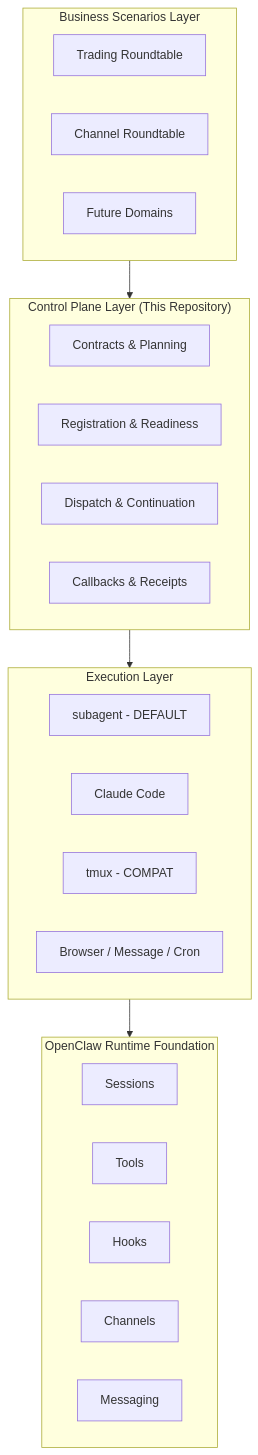
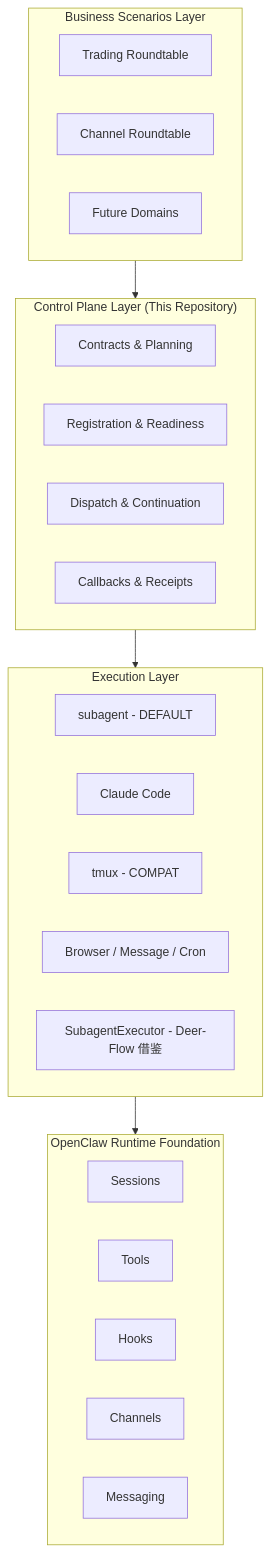
The first of 2 diagrams in README.md (lanyasheng/openclaw-company-orchestration-proposal), drawn with Mermaid before and after one commit. The commit also changed other lines of this file and 2 other files, not shown here.

First line of the commit message:
docs: 重整 README/架构文档，准确反映新架构与 Deer-Flow 借鉴线

````diff
--- a/README.md
+++ b/README.md
@@ -291,34 +292,35 @@
 ```mermaid
 graph TB
     subgraph Business["Business Scenarios Layer"]
         B1[Trading Roundtable]
         B2[Channel Roundtable]
         B3[Future Domains]
     end
 
     subgraph Control["Control Plane Layer (This Repository)"]
         C1[Contracts & Planning]
         C2[Registration & Readiness]
         C3[Dispatch & Continuation]
         C4[Callbacks & Receipts]
     end
 
     subgraph Execution["Execution Layer"]
         E1[subagent - DEFAULT]
         E2[Claude Code]
         E3[tmux - COMPAT]
         E4[Browser / Message / Cron]
+        E5[SubagentExecutor - Deer-Flow 借鉴]
     end
 
     subgraph Runtime["OpenClaw Runtime Foundation"]
         R1[Sessions]
         R2[Tools]
         R3[Hooks]
         R4[Channels]
         R5[Messaging]
     end
 
     Business --> Control
     Control --> Execution
     Execution --> Runtime
 ```
````
